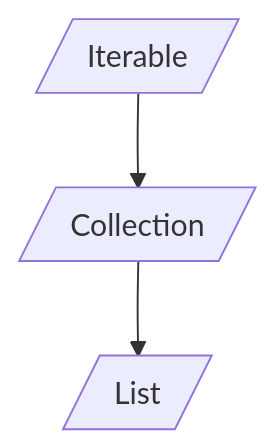
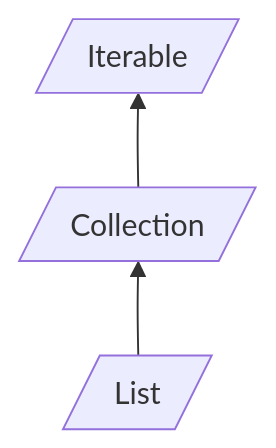
The fourth of 4 diagrams in Programmazione ad Oggetti Mod. 2.md (MarcoDiotto/obsidian-notes), drawn with Mermaid before and after one commit. The commit also changed other lines of this file and 15 other files, not shown here.

````diff
--- a/Programmazione ad Oggetti Mod. 2.md
+++ b/Programmazione ad Oggetti Mod. 2.md
@@ -234,5 +234,5 @@
 ```mermaid
-flowchart TB
-	A[/Iterable/] --> B[/Collection/]
-	B --> C[/List/]
+flowchart BT
+	B[/Collection/] --> A[/Iterable/]
+	C[/List/] --> B
 ```
````
